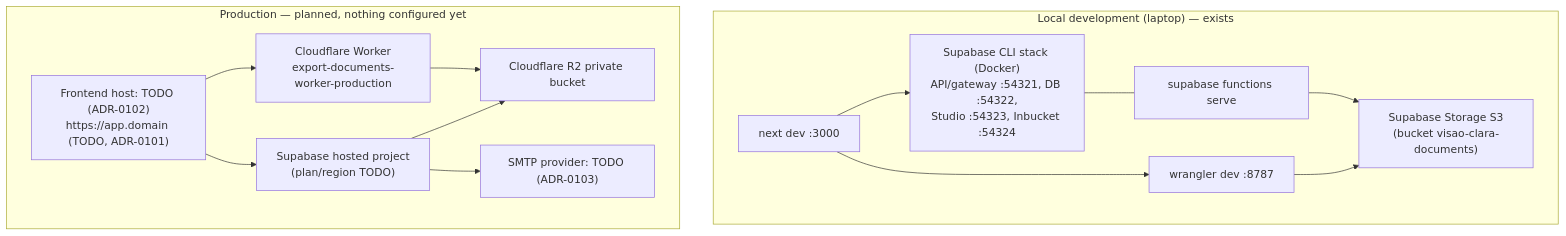
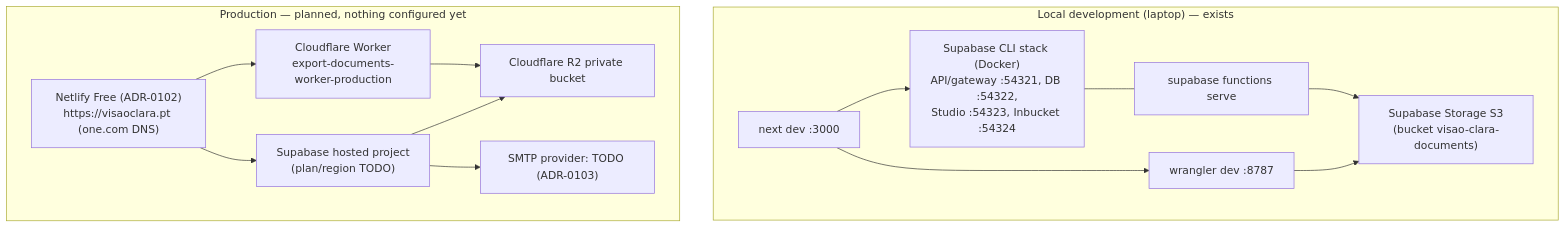
Before and after one commit to franciscovaz/visao-clara: the second of 2 diagrams in docs/architecture/system-overview.md, drawn with Mermaid. The commit also changed other lines of this file and 4 other files, not shown here.

````diff
--- a/docs/architecture/system-overview.md
+++ b/docs/architecture/system-overview.md
@@ -173,28 +174,28 @@
 ```mermaid
 flowchart TB
   subgraph Local["Local development (laptop) — exists"]
     L1["next dev :3000"]
     L2["Supabase CLI stack (Docker)<br/>API/gateway :54321, DB :54322,<br/>Studio :54323, Inbucket :54324"]
     L3["supabase functions serve"]
     L4["wrangler dev :8787"]
     L5["Supabase Storage S3<br/>(bucket visao-clara-documents)"]
     L1 --> L2
     L1 --> L4
     L2 --- L3
     L3 --> L5
     L4 --> L5
   end
 
   subgraph Prod["Production — planned, nothing configured yet"]
-    P1["Frontend host: TODO (ADR-0102)<br/>https://app.domain (TODO, ADR-0101)"]
+    P1["Netlify Free (ADR-0102)<br/>https://visaoclara.pt (one.com DNS)"]
     P2["Supabase hosted project<br/>(plan/region TODO)"]
     P3["Cloudflare Worker<br/>export-documents-worker-production"]
     P4["Cloudflare R2 private bucket"]
     P5["SMTP provider: TODO (ADR-0103)"]
     P1 --> P2
     P1 --> P3
     P2 --> P4
     P3 --> P4
     P2 --> P5
   end
 ```
````
